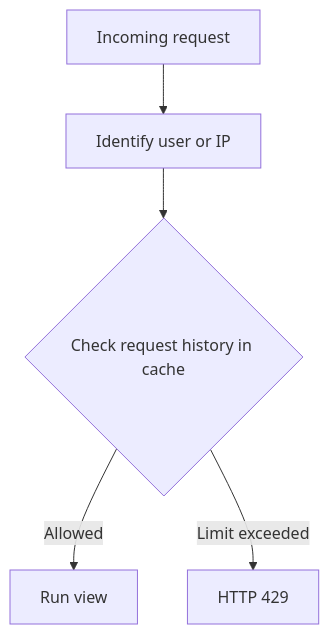
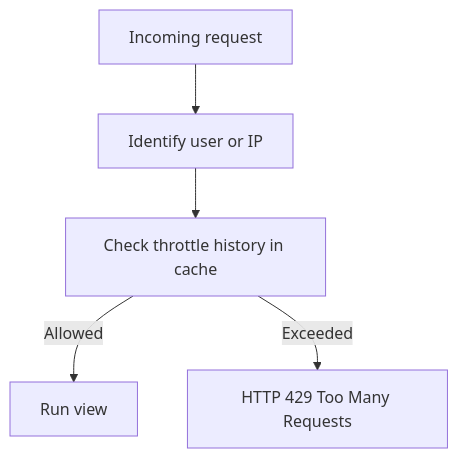
The third of 4 diagrams in src/content/drf/pagination-filtering-throttling.md (AvadhBhalodiya/Interview-Preparation), drawn with Mermaid before and after one commit. The commit also changed other lines of this file and 80 other files, not shown here.

````diff
--- a/src/content/drf/pagination-filtering-throttling.md
+++ b/src/content/drf/pagination-filtering-throttling.md
@@ -956,7 +355,7 @@
 ```mermaid
 flowchart TD
-    A[Incoming request] --> B[Identify user or IP]
-    B --> C{Check request history in cache}
-    C -->|Allowed| D[Run view]
-    C -->|Limit exceeded| E[HTTP 429]
+    A["Incoming request"] --> B["Identify user or IP"]
+    B --> C["Check throttle history in cache"]
+    C -->|Allowed| D["Run view"]
+    C -->|Exceeded| E["HTTP 429 Too Many Requests"]
 ```
````
